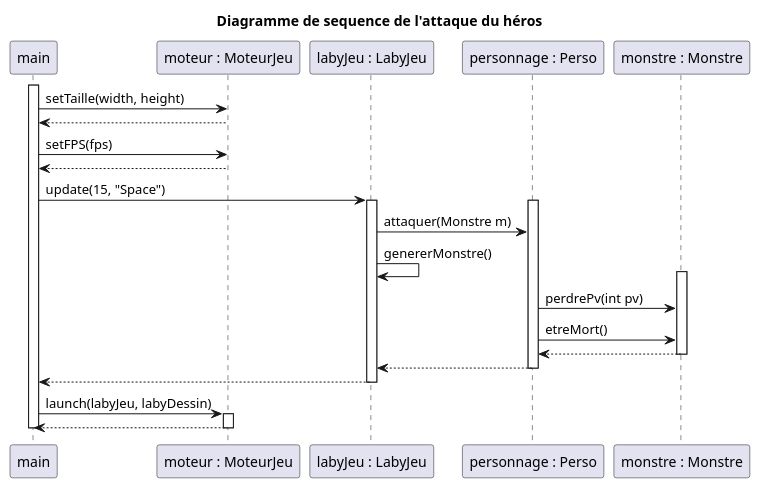
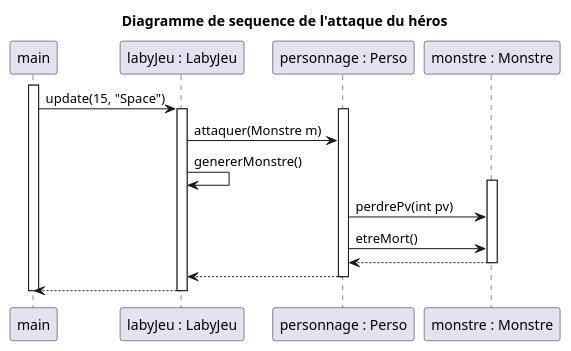
Before and after one commit to Zhi-Sheng-Trieu/2022_Zeldiablo_Doan_Oudin_Trieu_Noel: the diagram in documents/version_4/DiagrammeSequenceAttaqueJoueur.puml, drawn with PlantUML. The commit also changed 1 other file, not shown here.

```diff
--- a/documents/version_4/DiagrammeSequenceAttaqueJoueur.puml
+++ b/documents/version_4/DiagrammeSequenceAttaqueJoueur.puml
@@ -1,43 +1,34 @@
 @startuml
 
 title Diagramme de sequence de l'attaque du héros
 
 participant "main" as main
-participant "moteur : MoteurJeu" as moteur
 participant "labyJeu : LabyJeu" as labyJeu
 participant "personnage : Perso" as personnage
 participant "monstre : Monstre" as monstre
 
 
 
 
 activate main
-    main -> moteur : setTaille(width, height)
-    moteur --> main
-    main -> moteur : setFPS(fps)
-    moteur --> main
+
     main -> labyJeu : update(15, "Space")
 
     activate labyJeu
         activate personnage
             labyJeu -> personnage : attaquer(Monstre m)
             labyJeu -> labyJeu : genererMonstre()
             activate monstre
                 personnage -> monstre : perdrePv(int pv)
                 personnage -> monstre : etreMort()
                 monstre --> personnage
             deactivate monstre
             personnage --> labyJeu
         deactivate personnage
 
         labyJeu --> main
     deactivate labyJeu
 
-    main -> moteur : launch(labyJeu, labyDessin)
-    activate moteur
-    moteur --> main
-    deactivate moteur
-
 deactivate main
 
 @enduml
```
